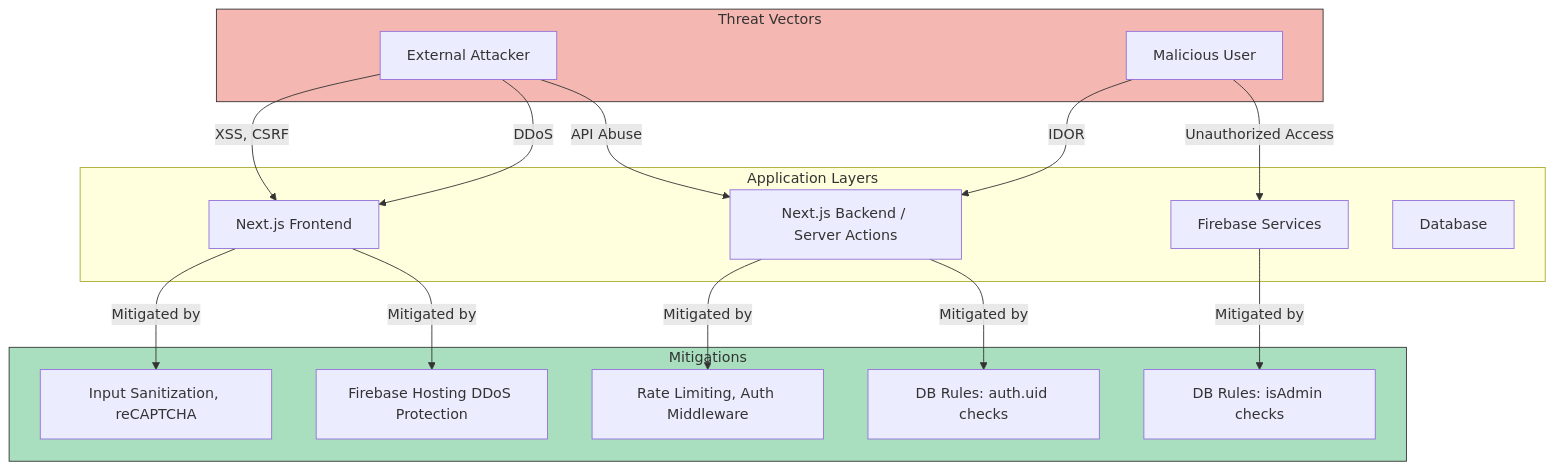
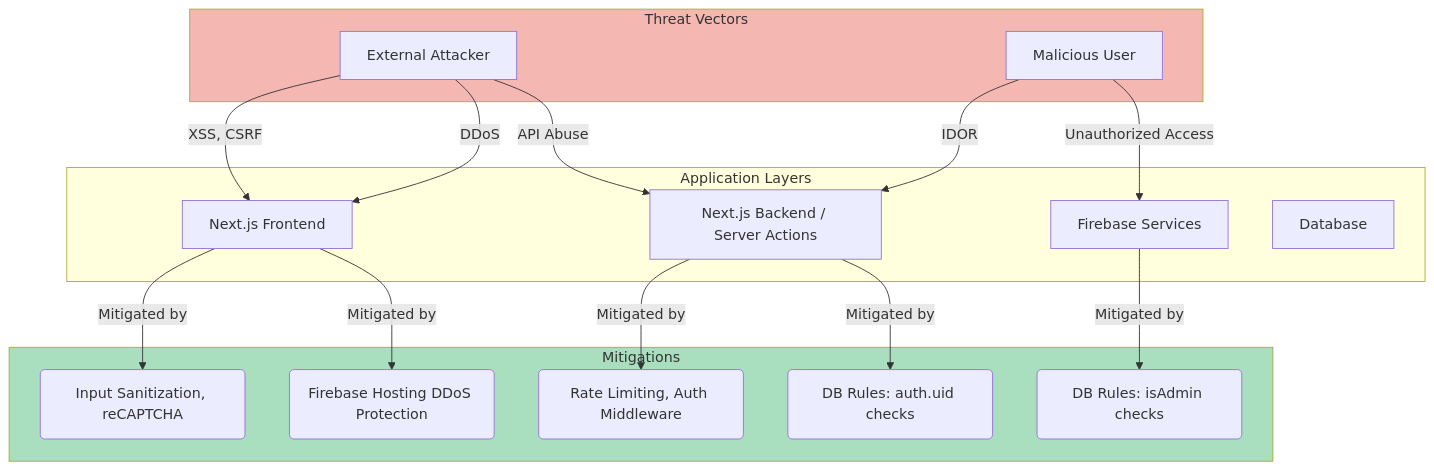
The fourth of 6 diagrams in src/markdown_files/VISUAL_FRAMEWORK.md (Kmaina32/Ubuntu-Academy-), drawn with Mermaid before and after one commit. The commit also changed other lines of this file, not shown here.

````diff
--- a/src/markdown_files/VISUAL_FRAMEWORK.md
+++ b/src/markdown_files/VISUAL_FRAMEWORK.md
@@ -122,37 +120,37 @@
 ```mermaid
 graph TD
     subgraph THREATS ["Threat Vectors"]
         A[External Attacker]
         B[Malicious User]
     end
     
     subgraph LAYERS ["Application Layers"]
         C[Next.js Frontend]
         D["Next.js Backend / Server Actions"]
         E[Firebase Services]
         F[Database]
     end
     
-    A -->|"XSS, CSRF"| C
+    A -->|XSS, CSRF| C
     A -->|DDoS| C
     A -->|"API Abuse"| D
     B -->|IDOR| D
     B -->|"Unauthorized Access"| E
     
     subgraph MITIGATIONS ["Mitigations"]
-        M1["Input Sanitization, reCAPTCHA"]
-        M2["Firebase Hosting DDoS Protection"]
-        M3["Rate Limiting, Auth Middleware"]
-        M4["DB Rules: auth.uid checks"]
-        M5["DB Rules: isAdmin checks"]
+        M1(Input Sanitization, reCAPTCHA)
+        M2(Firebase Hosting DDoS Protection)
+        M3(Rate Limiting, Auth Middleware)
+        M4(DB Rules: auth.uid checks)
+        M5(DB Rules: isAdmin checks)
     end
     
-    C -- "Mitigated by" --> M1
-    C -- "Mitigated by" --> M2
-    D -- "Mitigated by" --> M3
-    D -- "Mitigated by" --> M4
-    E -- "Mitigated by" --> M5
+    C -- Mitigated by --> M1
+    C -- Mitigated by --> M2
+    D -- Mitigated by --> M3
+    D -- Mitigated by --> M4
+    E -- Mitigated by --> M5
     
-    style THREATS fill:#F5B7B1,stroke:#333
-    style MITIGATIONS fill:#A9DFBF,stroke:#333
+    style THREATS fill:#F5B7B1
+    style MITIGATIONS fill:#A9DFBF
 ```
````
